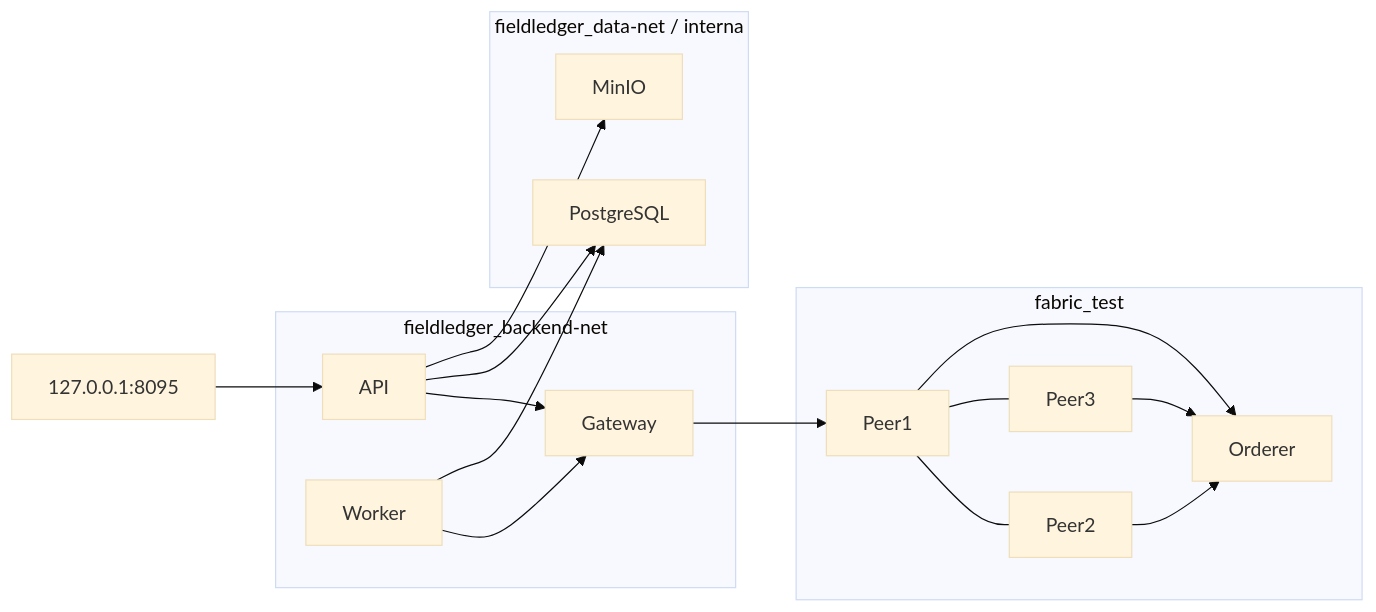
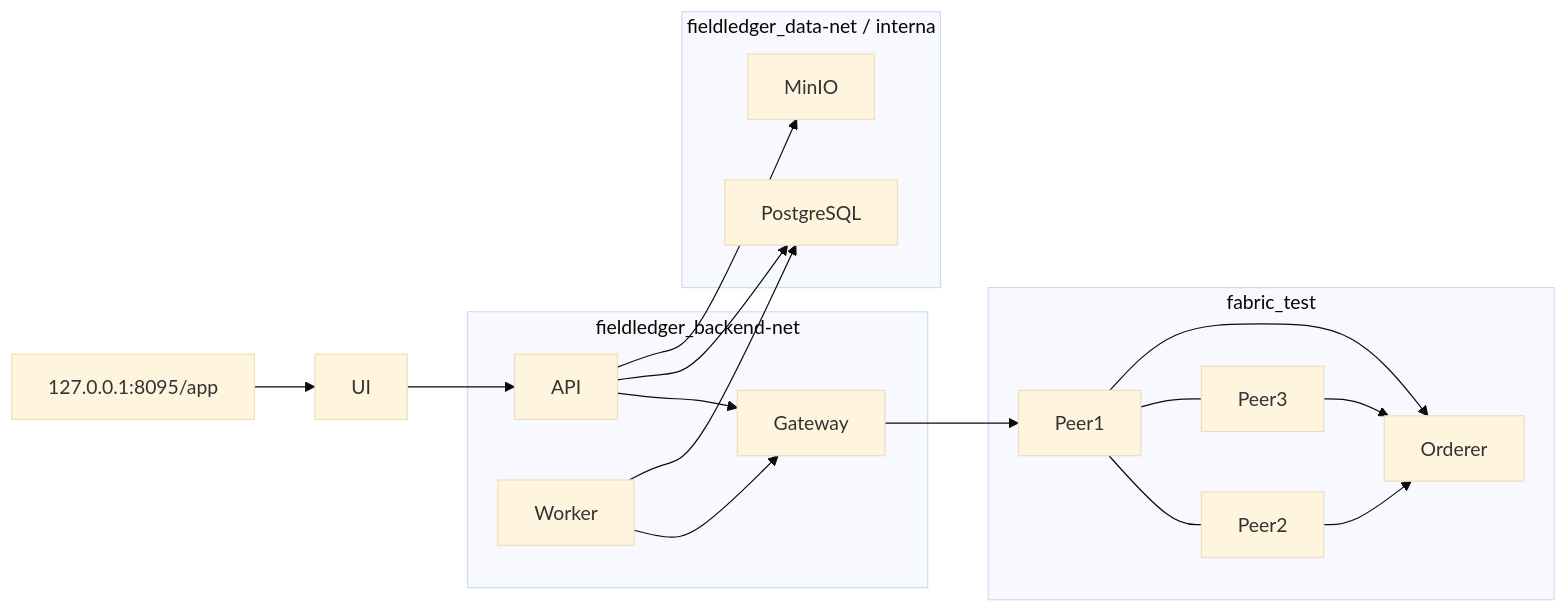
One commit to Garbox0/FIELDLEDGER changed the fourth of 4 diagrams in docs/architecture.md. Above: the diagram before and after it, drawn with Mermaid (base theme). The commit also changed other lines of this file and 17 other files, not shown here.

````diff
--- a/docs/architecture.md
+++ b/docs/architecture.md
@@ -143,22 +148,23 @@
 ```mermaid
 flowchart LR
-    Loop[127.0.0.1:8095] --> API
+    Loop[127.0.0.1:8095/app] --> UI
+    UI --> API
 
     subgraph Backend[fieldledger_backend-net]
       API --> Gateway
       Worker --> Gateway
     end
 
     subgraph Data[fieldledger_data-net / interna]
       API --> PostgreSQL
       API --> MinIO
       Worker --> PostgreSQL
     end
 
     subgraph FN[fabric_test]
       Gateway --> Peer1
       Peer1 --- Peer2
       Peer1 --- Peer3
       Peer1 & Peer2 & Peer3 --> Orderer
     end
 ```
````
